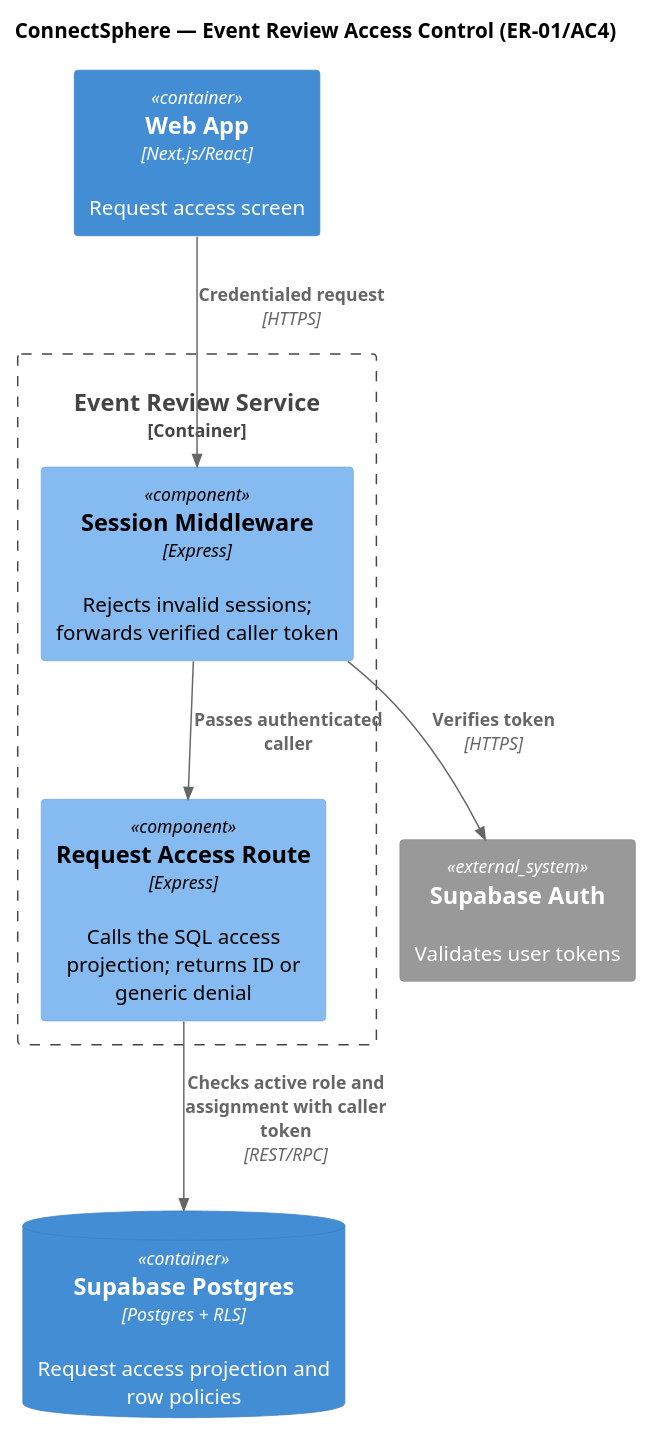
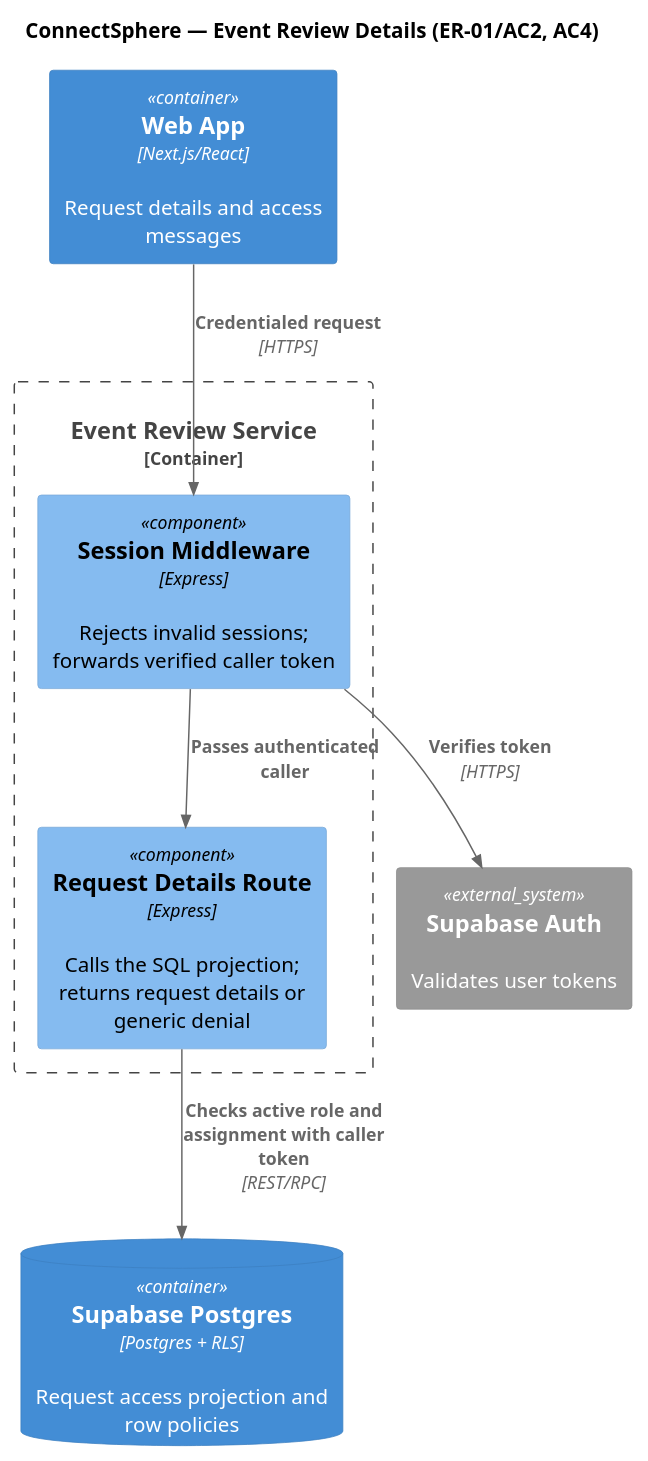
Before and after one commit to danjaii/SPM-T5: the diagram in docs/architecture/c4/component-event-review-service.puml, drawn with PlantUML. The commit also changed 10 other files, not shown here.

Commit message:
SCRUM-23/AC2: display submitted event request details

```diff
--- a/docs/architecture/c4/component-event-review-service.puml
+++ b/docs/architecture/c4/component-event-review-service.puml
@@ -1,15 +1,15 @@
 @startuml component-event-review-service
 !include https://raw.githubusercontent.com/plantuml-stdlib/C4-PlantUML/master/C4_Component.puml
-title ConnectSphere — Event Review Access Control (ER-01/AC4)
-Container(web, "Web App", "Next.js/React", "Request access screen")
+title ConnectSphere — Event Review Details (ER-01/AC2, AC4)
+Container(web, "Web App", "Next.js/React", "Request details and access messages")
 System_Ext(auth, "Supabase Auth", "Validates user tokens")
 ContainerDb(db, "Supabase Postgres", "Postgres + RLS", "Request access projection and row policies")
 Container_Boundary(review, "Event Review Service") {
   Component(session, "Session Middleware", "Express", "Rejects invalid sessions; forwards verified caller token")
-  Component(route, "Request Access Route", "Express", "Calls the SQL access projection; returns ID or generic denial")
+  Component(route, "Request Details Route", "Express", "Calls the SQL projection; returns request details or generic denial")
 }
 Rel(web, session, "Credentialed request", "HTTPS")
 Rel(session, auth, "Verifies token", "HTTPS")
 Rel(session, route, "Passes authenticated caller")
 Rel(route, db, "Checks active role and assignment with caller token", "REST/RPC")
 @enduml
```
